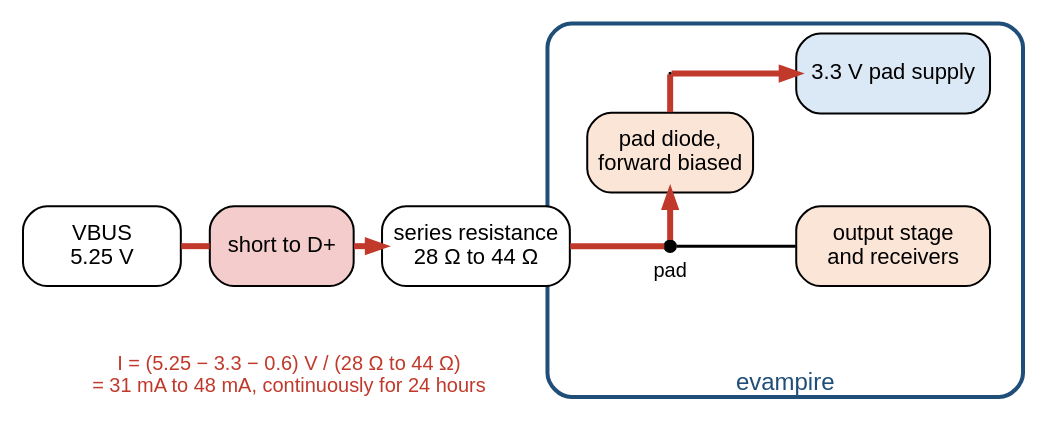
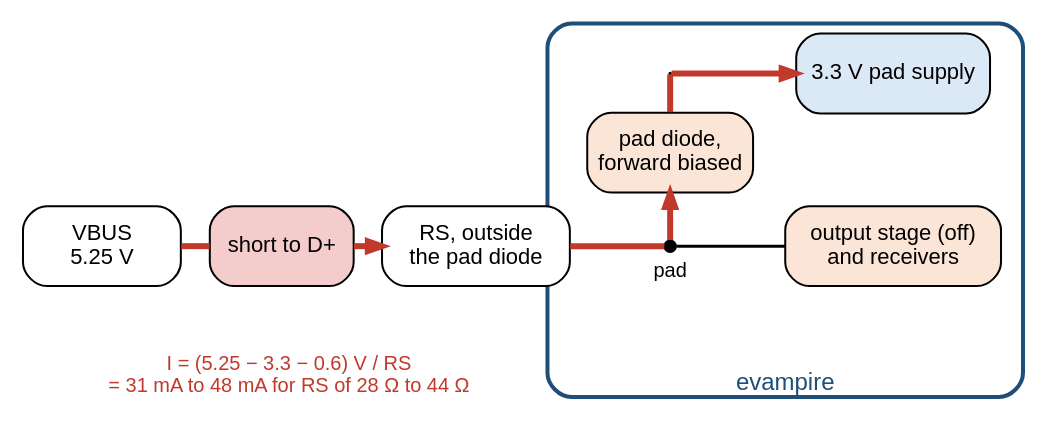
Before and after one commit to mithro/evampire: the diagram in docs/usb-serial/analogue/short.dot, drawn with Graphviz. The commit also changed 2 other files, not shown here.

```diff
--- a/docs/usb-serial/analogue/short.dot
+++ b/docs/usb-serial/analogue/short.dot
@@ -1,48 +1,48 @@
 // A short from VBUS to D+ while the pad's output stage runs from 3.3 V:
-// the pad diode to the supply conducts and only the series resistance
-// limits the current.
+// with the driver off, the pad diode to the supply conducts and only the
+// series resistor RS, outside the pad diode, limits the current.
 //
 // Fixed grid (positions in inches): the fault path runs left to right
 // along y=1.5 from VBUS to the pad, then up through the diode to the
 // 3.3 V supply at y=2.7.
 //
 // SPDX-License-Identifier: Apache-2.0
 
 digraph short_circuit {
     graph [layout=neato, splines=false, overlap=true, outputorder=nodesfirst,
            fontname="Helvetica", size="7.4,3.6"];
     node  [shape=box, style="rounded,filled", fillcolor="#f2f2f2",
            fontname="Helvetica", fontsize=11, width=1.2, height=0.55,
            fixedsize=true];
     edge  [penwidth=1.5, arrowsize=0.7];
 
     chip  [pos="5.45,1.75!", width=3.3, height=2.6, label="evampire",
            labelloc=b, style="rounded,bold", color="#1f4e79",
            fontcolor="#1f4e79", fillcolor="none", fontsize=12];
 
     vbus  [pos="0.7,1.5!", width=1.1, label="VBUS\n5.25 V", fillcolor="#ffffff"];
     sh    [pos="1.95,1.5!", width=1.0, label="short to D+", fillcolor="#f4cccc"];
-    rs    [pos="3.3,1.5!", width=1.3, label="series resistance\n28 Ω to 44 Ω",
+    rs    [pos="3.3,1.5!", width=1.3, label="RS, outside\nthe pad diode",
            fillcolor="#ffffff"];
     diode [pos="4.65,2.15!", width=1.15, label="pad diode,\nforward biased",
            fillcolor="#fbe5d6"];
     vdd   [pos="6.2,2.7!", width=1.35, label="3.3 V pad supply", fillcolor="#dbe8f5"];
-    stage [pos="6.2,1.5!", width=1.35, label="output stage\nand receivers",
+    stage [pos="6.2,1.5!", width=1.5, label="output stage (off)\nand receivers",
            fillcolor="#fbe5d6"];
 
     node  [shape=plaintext, style="", fontsize=10, width=1.0, height=0.2];
     pad_l [pos="4.65,1.32!", width=0.5, label="pad"];
     i_l   [pos="2.0,0.6!", width=3.3, height=0.35, fontcolor="#c0392b",
-           label="I = (5.25 − 3.3 − 0.6) V / (28 Ω to 44 Ω)\n= 31 mA to 48 mA, continuously for 24 hours"];
+           label="I = (5.25 − 3.3 − 0.6) V / RS\n= 31 mA to 48 mA for RS of 28 Ω to 44 Ω"];
 
     node  [shape=point, width=0.08, height=0.08, label="", style=filled,
            fillcolor=black];
     pad   [pos="4.65,1.5!"];
     k1    [pos="4.65,2.7!", width=0.01];
 
     edge  [color="#c0392b", penwidth=3];
     vbus -> sh [arrowhead=none];  sh -> rs;  rs -> pad [arrowhead=none];
     pad -> diode;  diode -> k1 [arrowhead=none];  k1 -> vdd;
     edge  [color="#000000", penwidth=1.5, arrowhead=none];
     pad -> stage;
 }
```
